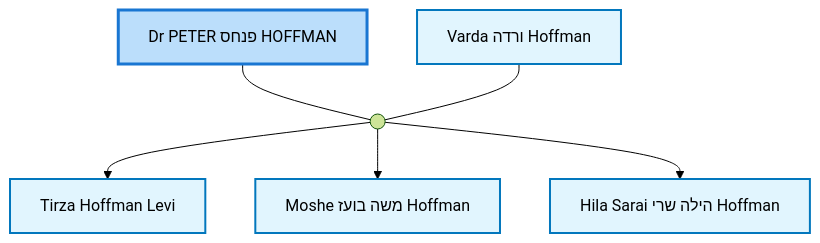
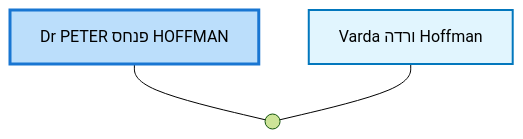
Before and after one commit to moshehoff/FamilyHistory: the third of 3 diagrams in site/content/profiles/Dr PETER פנחס HOFFMAN.md, drawn with Mermaid (forest theme). The commit also changed other lines of this file and 133 other files, not shown here.

Commit message:
Update Moshe Hoffman ID: I10 -> I11052340 and rename I38516664 biography

````diff
--- a/site/content/profiles/Dr PETER פנחס HOFFMAN.md
+++ b/site/content/profiles/Dr PETER פנחס HOFFMAN.md
@@ -102,27 +80,15 @@
 ```mermaid
 flowchart TD
 classDef person fill:#e1f5fe,stroke:#0277bd,stroke-width:2px;
 classDef internal-link fill:#e1f5fe,stroke:#0277bd,stroke-width:2px;
 classDef current fill:#bbdefb,stroke:#1976d2,stroke-width:3px;
-idI1["Dr PETER פנחס HOFFMAN"]
-class idI1 current
-click idI1 "../profiles/Dr-PETER-%D7%A4%D7%A0%D7%97%D7%A1-HOFFMAN" "Dr PETER פנחס HOFFMAN"
-idI9["Varda ורדה Hoffman"]
-class idI9 internal-link
-click idI9 "../profiles/Varda-%D7%95%D7%A8%D7%93%D7%94-Hoffman" "Varda ורדה Hoffman"
-marriage_idF1((" "))
-idI1 --- marriage_idF1
-idI9 --- marriage_idF1
-idI4["Tirza Hoffman Levi"]
-class idI4 internal-link
-click idI4 "../profiles/Tirza-Hoffman-Levi" "Tirza Hoffman Levi"
-marriage_idF1 --> idI4
-idI5["Moshe משה בועז Hoffman"]
-class idI5 internal-link
-click idI5 "../profiles/Moshe-%D7%9E%D7%A9%D7%94-%D7%91%D7%95%D7%A2%D7%96-Hoffman" "Moshe משה בועז Hoffman"
-marriage_idF1 --> idI5
-idI6["Hila Sarai הילה שרי Hoffman"]
-class idI6 internal-link
-click idI6 "../profiles/Hila-Sarai-%D7%94%D7%99%D7%9C%D7%94-%D7%A9%D7%A8%D7%99-Hoffman" "Hila Sarai הילה שרי Hoffman"
-marriage_idF1 --> idI6
+idI11052359["Dr PETER פנחס HOFFMAN"]
+class idI11052359 current
+click idI11052359 "../profiles/Dr-PETER-%D7%A4%D7%A0%D7%97%D7%A1-HOFFMAN" "Dr PETER פנחס HOFFMAN"
+idI38517487["Varda ורדה Hoffman"]
+class idI38517487 internal-link
+click idI38517487 "../profiles/Varda-%D7%95%D7%A8%D7%93%D7%94-Hoffman" "Varda ורדה Hoffman"
+marriage_idF13161723((" "))
+idI11052359 --- marriage_idF13161723
+idI38517487 --- marriage_idF13161723
 ```
````
